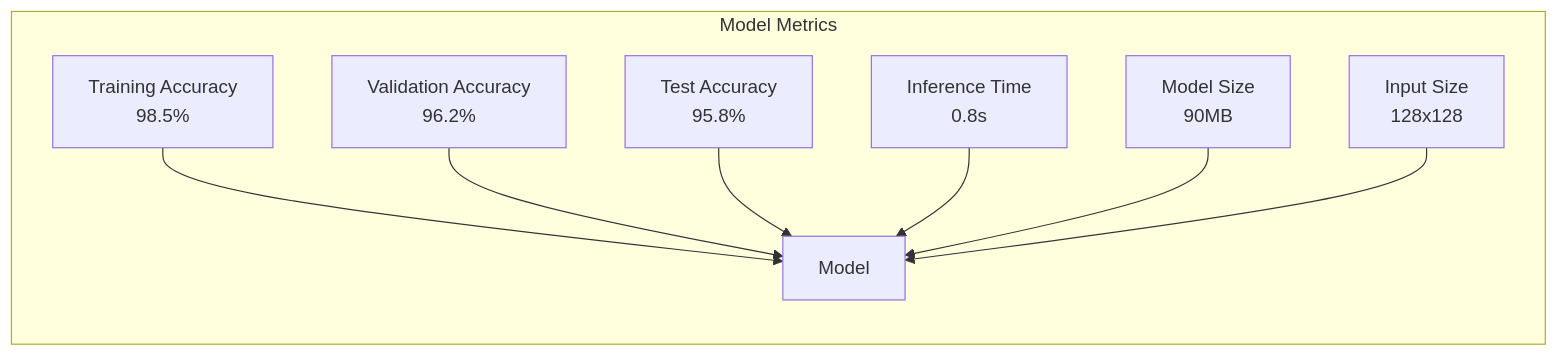
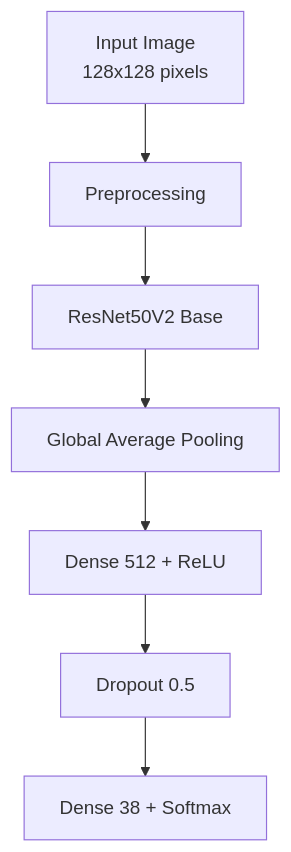
Before and after one commit to RajaMahanty/crop-care-ai: the sixth of 11 diagrams in README.md, drawn with Mermaid. The commit also changed other lines of this file, not shown here.

````diff
--- a/README.md
+++ b/README.md
@@ -177,11 +168,9 @@
 ```mermaid
-graph LR
-    subgraph Model Metrics
-        A[Training Accuracy<br>98.5%] --> D[Model]
-        B[Validation Accuracy<br>96.2%] --> D
-        C[Test Accuracy<br>95.8%] --> D
-        E[Inference Time<br>0.8s] --> D
-        F[Model Size<br>90MB] --> D
-        G[Input Size<br>128x128] --> D
-    end
+graph TD
+    A[Input Image<br>128x128 pixels] --> B[Preprocessing]
+    B --> C[ResNet50V2 Base]
+    C --> D[Global Average Pooling]
+    D --> E[Dense 512 + ReLU]
+    E --> F[Dropout 0.5]
+    F --> G[Dense 38 + Softmax]
 ```
````
